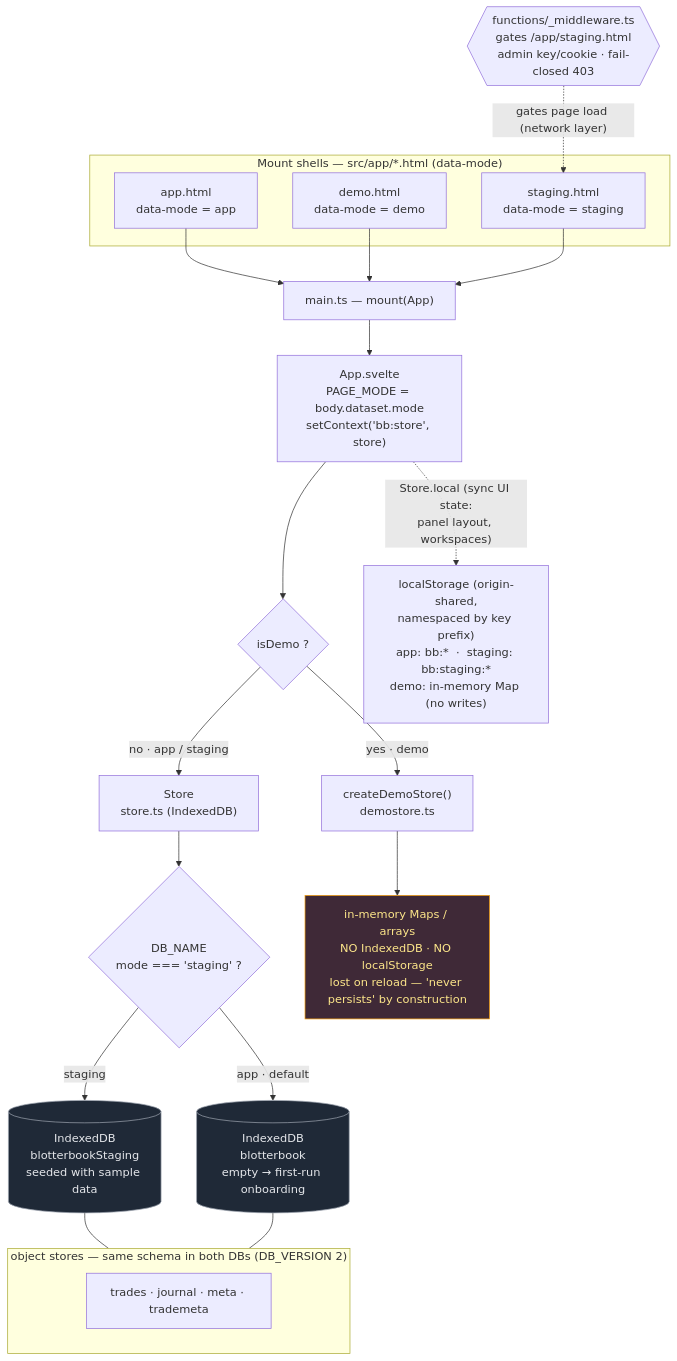
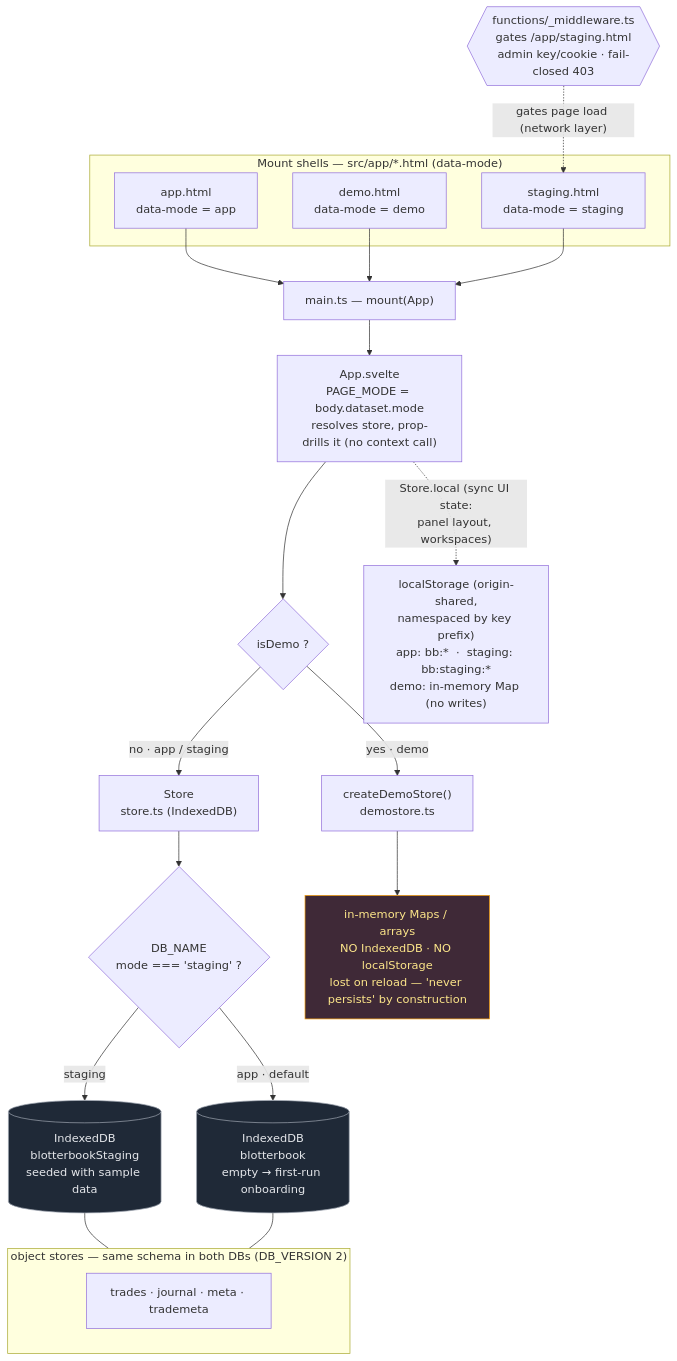
The diagram in docs/architecture-diagrams/storage-and-mode-separation.md (mitchGuthrieDev/blotterbook), drawn with Mermaid before and after one commit. The commit also changed 4 other files, not shown here.

First line of the commit message:
docs: update diagram/design docs for prop-drilled Store seam (A224 follow-up) (#118)

````diff
--- a/docs/architecture-diagrams/storage-and-mode-separation.md
+++ b/docs/architecture-diagrams/storage-and-mode-separation.md
@@ -13,44 +13,44 @@
 ```mermaid
 flowchart TD
     %% ---- Surfaces (hand-authored mount shells) ----
     subgraph SHELLS["Mount shells — src/app/*.html (data-mode)"]
         APPH["app.html<br/>data-mode = app"]
         DEMOH["demo.html<br/>data-mode = demo"]
         STGH["staging.html<br/>data-mode = staging"]
     end
 
     EDGE{{"functions/_middleware.ts<br/>gates /app/staging.html<br/>admin key/cookie · fail-closed 403"}}
     EDGE -. "gates page load (network layer)" .-> STGH
 
     APPH --> MAIN["main.ts — mount(App)"]
     DEMOH --> MAIN
     STGH --> MAIN
 
-    MAIN --> APP["App.svelte<br/>PAGE_MODE = body.dataset.mode<br/>setContext('bb:store', store)"]
+    MAIN --> APP["App.svelte<br/>PAGE_MODE = body.dataset.mode<br/>resolves store, prop-drills it (no context call)"]
 
     APP --> SWAP{"isDemo ?"}
     SWAP -->|"yes · demo"| DEMOSTORE["createDemoStore()<br/>demostore.ts"]
     SWAP -->|"no · app / staging"| REALSTORE["Store<br/>store.ts (IndexedDB)"]
 
     %% ---- Real IndexedDB backend: separated by DB name ----
     REALSTORE --> DBNAME{"DB_NAME<br/>mode === 'staging' ?"}
     DBNAME -->|"staging"| STGDB[("IndexedDB<br/>blotterbookStaging<br/>seeded with sample data")]
     DBNAME -->|"app · default"| PRODDB[("IndexedDB<br/>blotterbook<br/>empty → first-run onboarding")]
 
     subgraph STORES["object stores — same schema in both DBs (DB_VERSION 2)"]
         OS["trades · journal · meta · trademeta"]
     end
     STGDB --- STORES
     PRODDB --- STORES
 
     %% ---- Demo backend: never touches disk ----
     DEMOSTORE --> MEM["in-memory Maps / arrays<br/>NO IndexedDB · NO localStorage<br/>lost on reload — 'never persists' by construction"]
 
     %% ---- localStorage seam (small sync UI state) ----
     APP -. "Store.local (sync UI state:<br/>panel layout, workspaces)" .-> LS["localStorage (origin-shared,<br/>namespaced by key prefix)<br/>app: bb:*  ·  staging: bb:staging:*<br/>demo: in-memory Map (no writes)"]
 
     classDef db fill:#1f2937,stroke:#9ca3af,color:#e5e7eb;
     classDef mem fill:#3f2937,stroke:#f59e0b,color:#fde68a;
     class STGDB,PRODDB db;
     class MEM mem;
 ```
````
